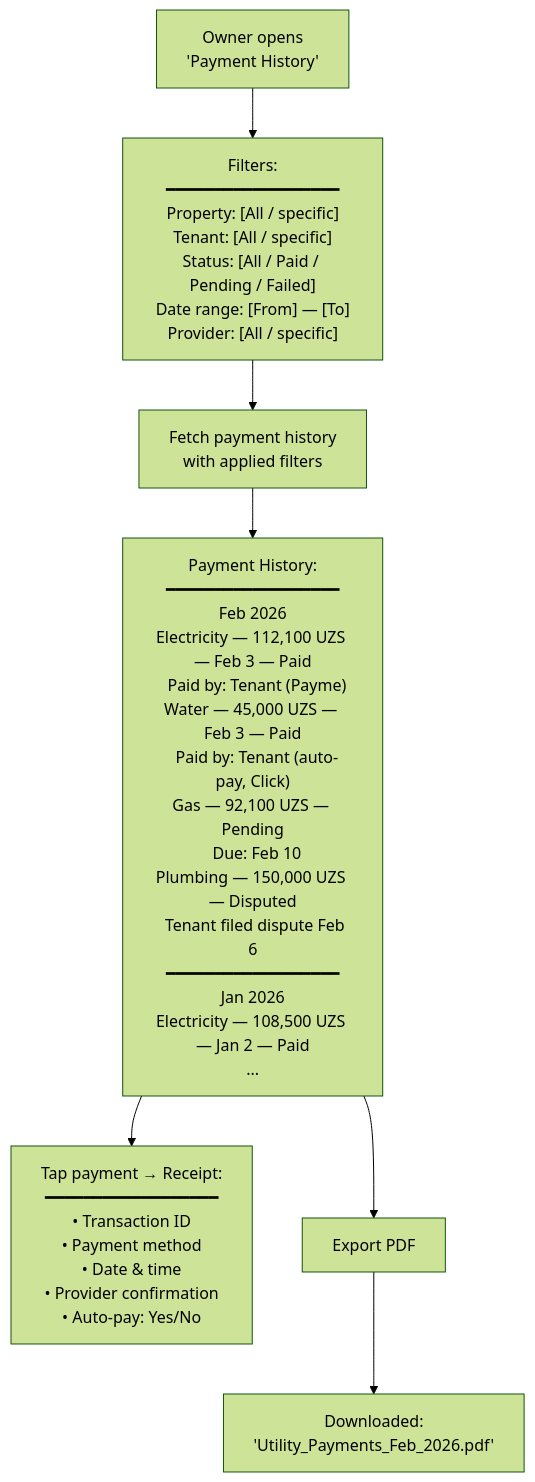
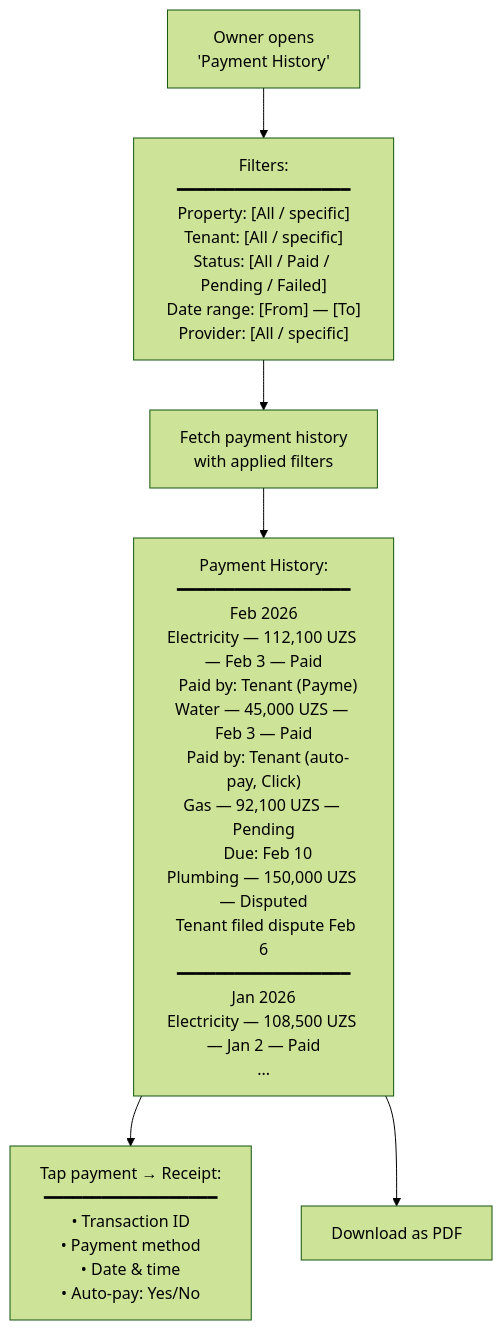
One commit to saodatm-dev/Utilities---Informational-Architecture changed the eighth of 10 diagrams in Utilities - Business Owner.md. Above: the diagram before and after it, drawn with Mermaid (forest theme). The commit also changed other lines of this file and 1 other file, not shown here.

Commit message:
feat: Introduce a dedicated owner payable bills section and streamline the business owner utility management flow by integrating payment details and removing a separate payment flow document.

````diff
--- a/Utilities - Business Owner.md
+++ b/Utilities - Business Owner.md
@@ -239,14 +252,12 @@
 ```mermaid
 flowchart TD
     PAYMENTS["Owner opens<br/>'Payment History'"] --> FILTER["Filters:<br/>━━━━━━━━━━━━━━━━━━<br/>Property: [All / specific]<br/>Tenant: [All / specific]<br/>Status: [All / Paid / Pending / Failed]<br/>Date range: [From] — [To]<br/>Provider: [All / specific]"]
 
     FILTER --> LOAD["Fetch payment history<br/>with applied filters"]
 
     LOAD --> HISTORY["Payment History:<br/>━━━━━━━━━━━━━━━━━━<br/>Feb 2026<br/>Electricity — 112,100 UZS — Feb 3 — Paid<br/>  Paid by: Tenant (Payme)<br/>Water — 45,000 UZS — Feb 3 — Paid<br/>  Paid by: Tenant (auto-pay, Click)<br/>Gas — 92,100 UZS — Pending<br/>  Due: Feb 10<br/>Plumbing — 150,000 UZS — Disputed<br/>  Tenant filed dispute Feb 6<br/>━━━━━━━━━━━━━━━━━━<br/>Jan 2026<br/>Electricity — 108,500 UZS — Jan 2 — Paid<br/>..."]
 
-    HISTORY --> DETAIL["Tap payment → Receipt:<br/>━━━━━━━━━━━━━━━━━━<br/>• Transaction ID<br/>• Payment method<br/>• Date & time<br/>• Provider confirmation<br/>• Auto-pay: Yes/No"]
+    HISTORY --> DETAIL["Tap payment → Receipt:<br/>━━━━━━━━━━━━━━━━━━<br/>• Transaction ID<br/>• Payment method<br/>• Date & time<br/>• Auto-pay: Yes/No"]
 
-    HISTORY --> EXPORT_BTN["Export PDF"]
-
-    EXPORT_BTN --> PDF["Downloaded:<br/>'Utility_Payments_Feb_2026.pdf'"]
+    HISTORY --> EXPORT_BTN["Download as PDF"]
 ```
````
